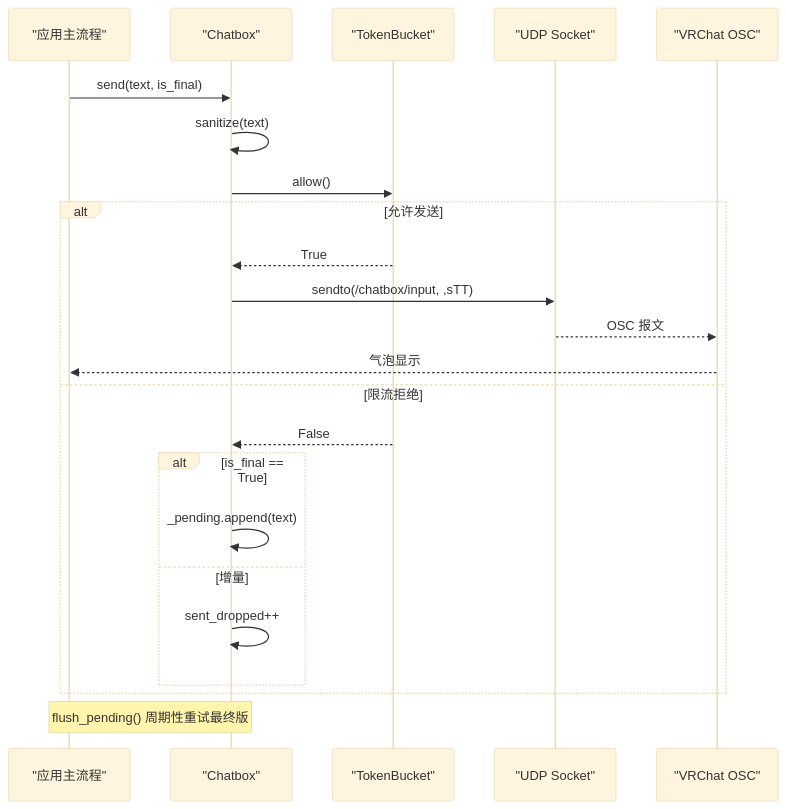
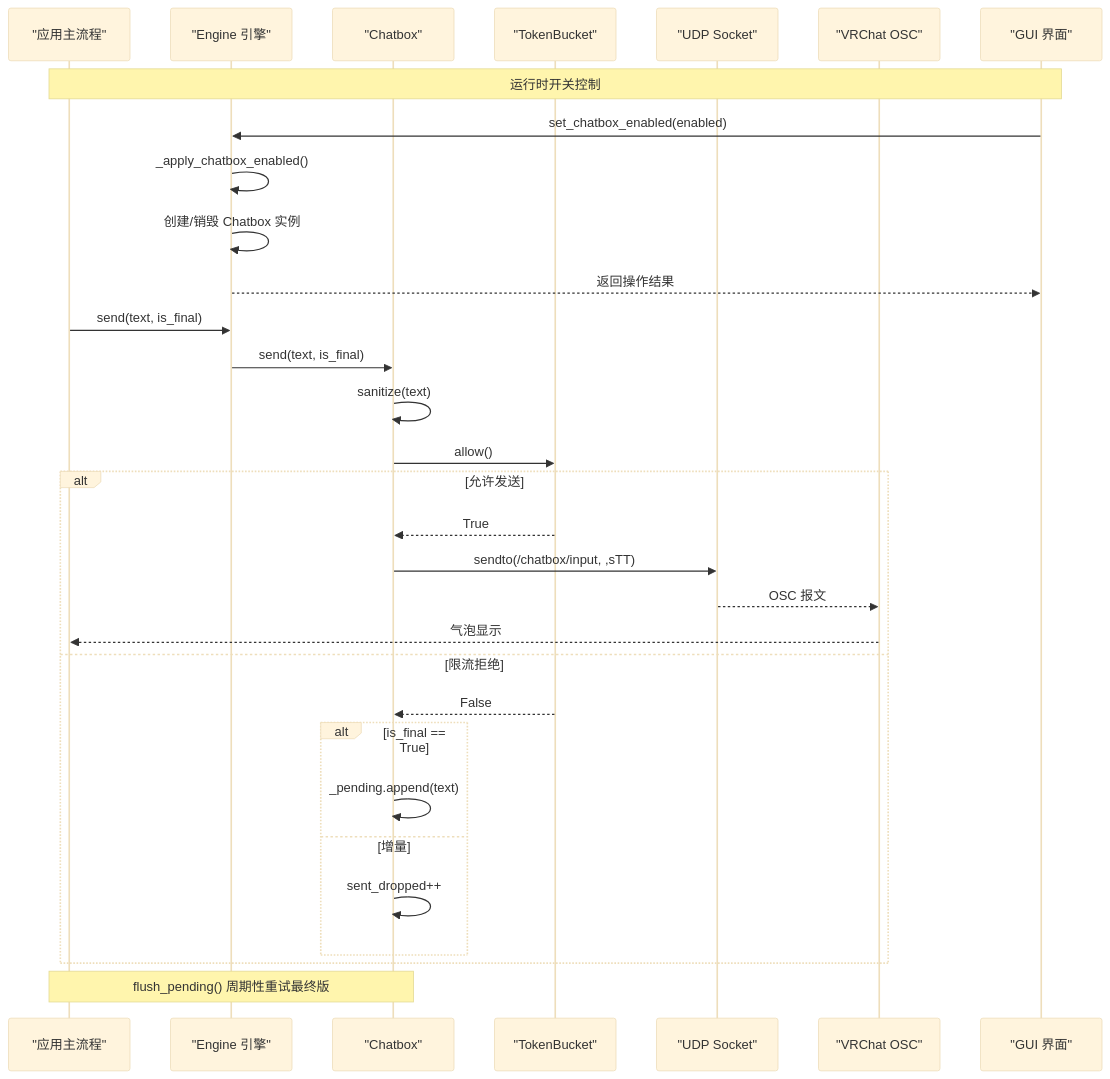
The second of 8 diagrams in .qoder/repowiki/zh/content/输出分发系统/Chatbox 气泡输出.md (EMeowAGENT/vrchat-livetranslate), drawn with Mermaid (base theme) before and after one commit. The commit also changed other lines of this file and 75 other files, not shown here.

````diff
--- a/.qoder/repowiki/zh/content/输出分发系统/Chatbox 气泡输出.md
+++ b/.qoder/repowiki/zh/content/输出分发系统/Chatbox 气泡输出.md
@@ -77,25 +99,33 @@
 ```mermaid
 sequenceDiagram
 participant App as "应用主流程"
+participant Engine as "Engine 引擎"
 participant CB as "Chatbox"
 participant TB as "TokenBucket"
 participant UDP as "UDP Socket"
 participant VR as "VRChat OSC"
-App->>CB : send(text, is_final)
+participant GUI as "GUI 界面"
+Note over GUI,App : 运行时开关控制
+GUI->>Engine : set_chatbox_enabled(enabled)
+Engine->>Engine : _apply_chatbox_enabled()
+Engine->>Engine : 创建/销毁 Chatbox 实例
+Engine-->>GUI : 返回操作结果
+App->>Engine : send(text, is_final)
+Engine->>CB : send(text, is_final)
 CB->>CB : sanitize(text)
 CB->>TB : allow()
 alt 允许发送
 TB-->>CB : True
 CB->>UDP : sendto(/chatbox/input, ,sTT)
 UDP-->>VR : OSC 报文
 VR-->>App : 气泡显示
 else 限流拒绝
 TB-->>CB : False
 alt is_final == True
 CB->>CB : _pending.append(text)
 else 增量
 CB->>CB : sent_dropped++
 end
 end
 Note over App,CB : flush_pending() 周期性重试最终版
 ```
````
